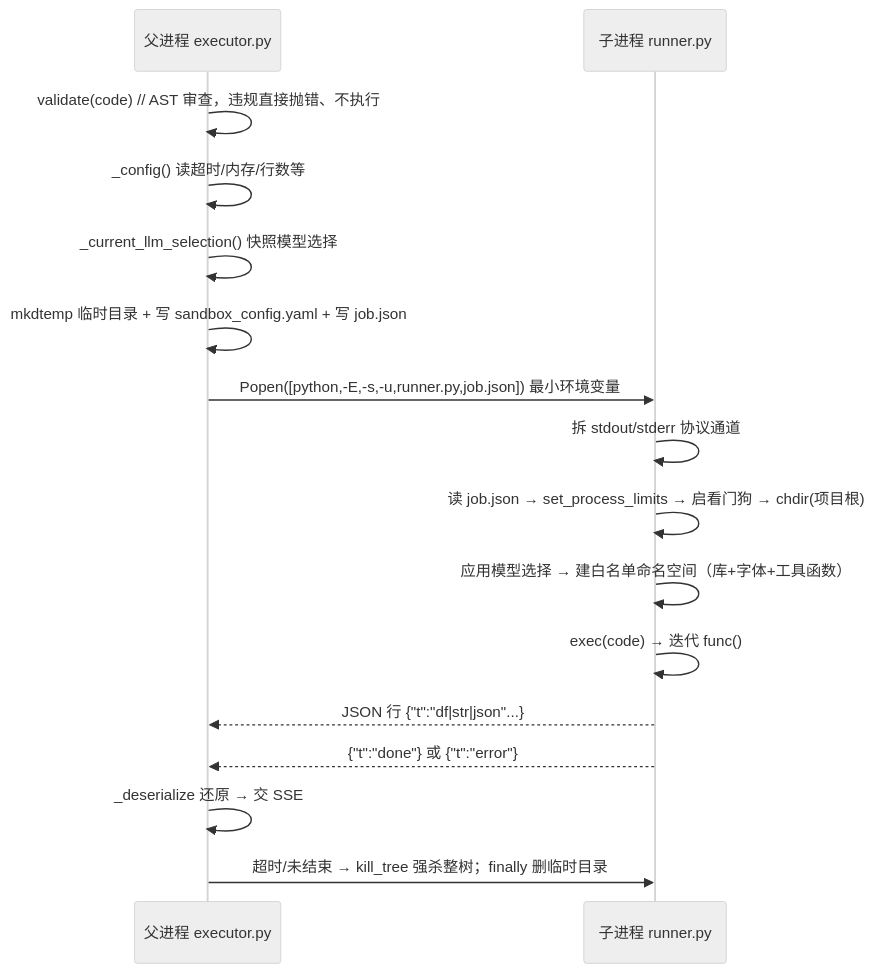
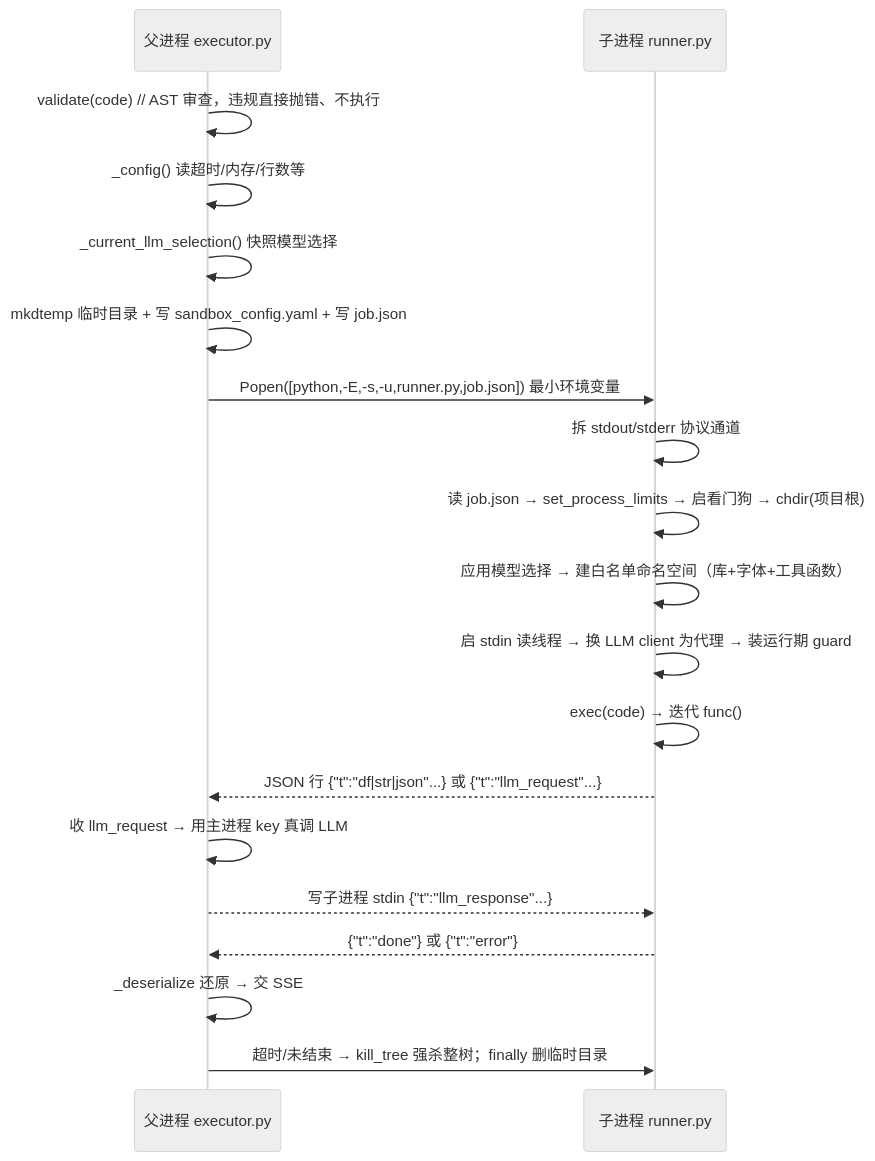
The diagram in docs/sandbox_init_and_lifecycle.md (bytesc/data-copilot-v10), drawn with Mermaid (neutral theme) before and after one commit. The commit also changed other lines of this file and 4 other files, not shown here.

````diff
--- a/docs/sandbox_init_and_lifecycle.md
+++ b/docs/sandbox_init_and_lifecycle.md
@@ -39,18 +40,21 @@
 ```mermaid
 sequenceDiagram
     participant P as 父进程 executor.py
     participant C as 子进程 runner.py
     P->>P: validate(code)  // AST 审查，违规直接抛错、不执行
     P->>P: _config() 读超时/内存/行数等
     P->>P: _current_llm_selection() 快照模型选择
     P->>P: mkdtemp 临时目录 + 写 sandbox_config.yaml + 写 job.json
     P->>C: Popen([python,-E,-s,-u,runner.py,job.json]) 最小环境变量
     C->>C: 拆 stdout/stderr 协议通道
     C->>C: 读 job.json → set_process_limits → 启看门狗 → chdir(项目根)
     C->>C: 应用模型选择 → 建白名单命名空间（库+字体+工具函数）
+    C->>C: 启 stdin 读线程 → 换 LLM client 为代理 → 装运行期 guard
     C->>C: exec(code) → 迭代 func()
-    C-->>P: JSON 行 {"t":"df|str|json"...}
+    C-->>P: JSON 行 {"t":"df|str|json"...} 或 {"t":"llm_request"...}
+    P->>P: 收 llm_request → 用主进程 key 真调 LLM
+    P-->>C: 写子进程 stdin {"t":"llm_response"...}
     C-->>P: {"t":"done"} 或 {"t":"error"}
     P->>P: _deserialize 还原 → 交 SSE
     P->>C: 超时/未结束 → kill_tree 强杀整树；finally 删临时目录
 ```
````
